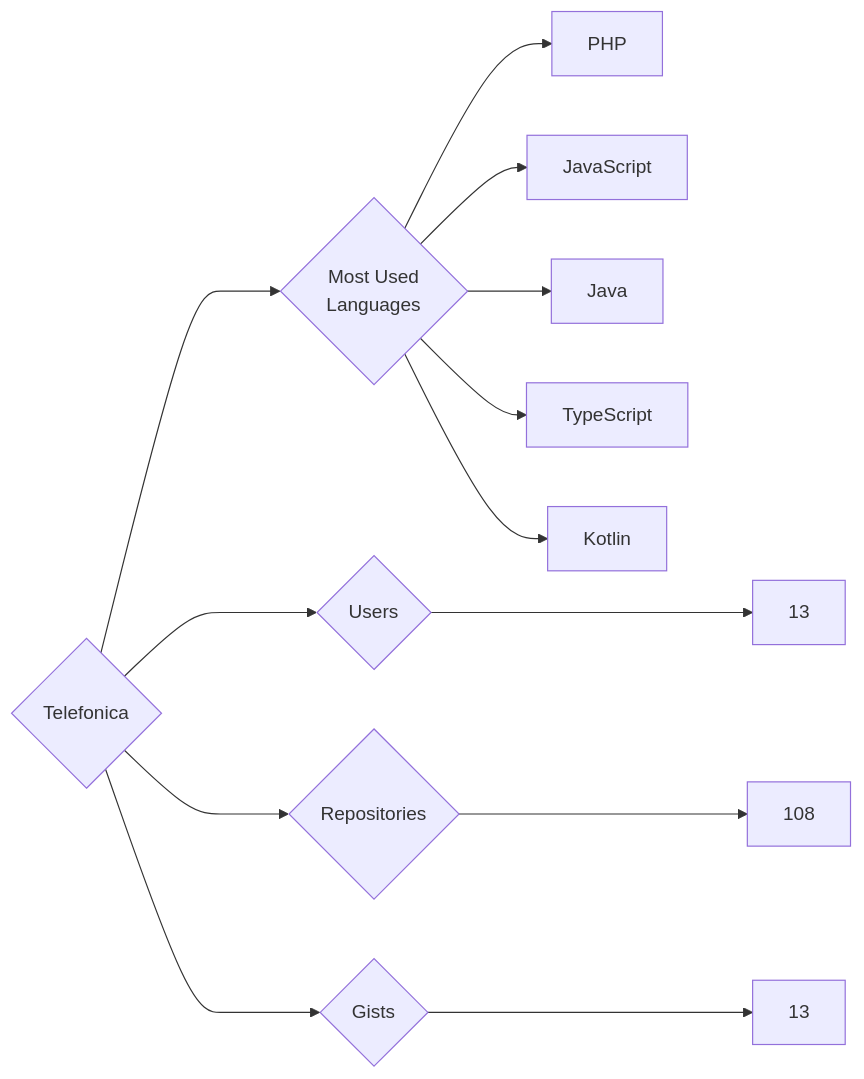
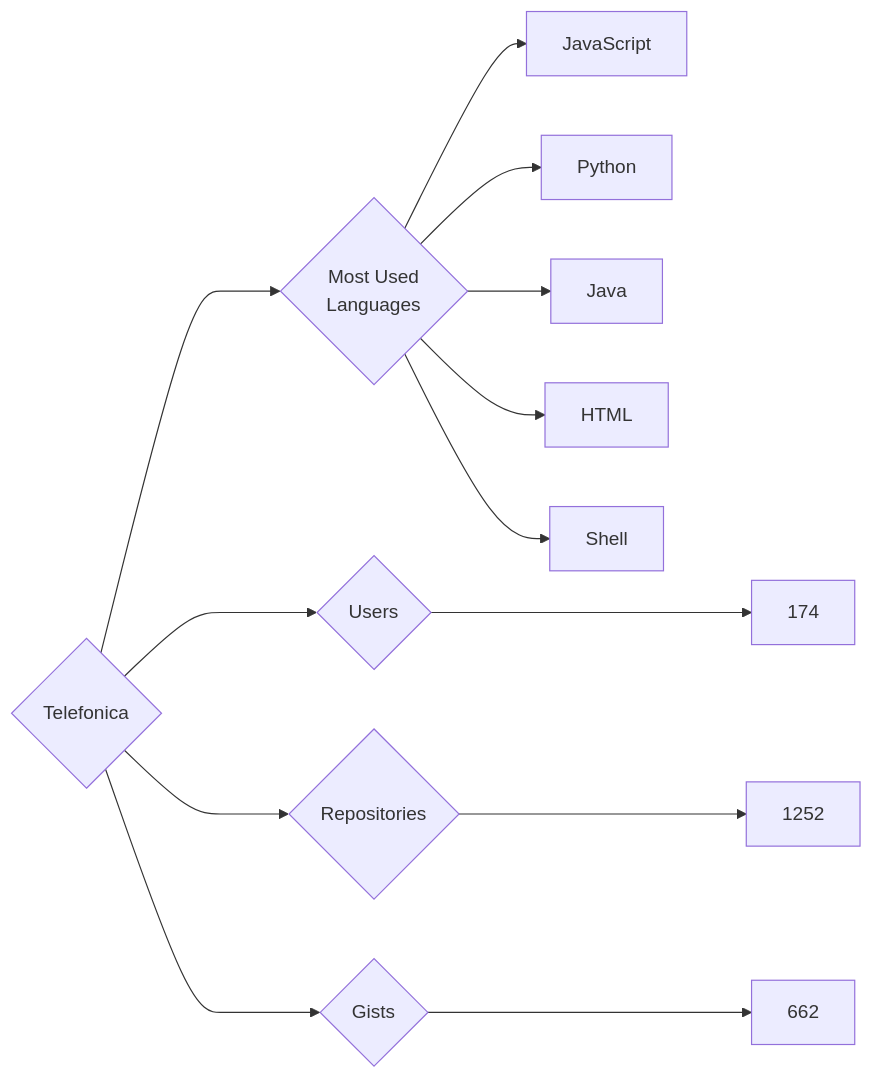
The diagram in targets/Telefonica/README.md (trickest/insiders), drawn with Mermaid before and after one commit. The commit also changed 877 other files, not shown here.

````diff
--- a/targets/Telefonica/README.md
+++ b/targets/Telefonica/README.md
@@ -3,13 +3,13 @@
 ```mermaid
 graph LR
 COMPANY_NAME{Telefonica}
-COMPANY_NAME ---> U{Users} ---> UN[13]
-COMPANY_NAME ---> R{Repositories} ---> RN[108]
-COMPANY_NAME ---> G{Gists} ---> GN[13]
+COMPANY_NAME ---> U{Users} ---> UN[174]
+COMPANY_NAME ---> R{Repositories} ---> RN[1252]
+COMPANY_NAME ---> G{Gists} ---> GN[662]
 COMPANY_NAME ---> ML{Most Used<br>Languages}
-ML --> PHP[PHP]
 ML --> JavaScript[JavaScript]
+ML --> Python[Python]
 ML --> Java[Java]
-ML --> TypeScript[TypeScript]
-ML --> Kotlin[Kotlin]
+ML --> HTML[HTML]
+ML --> Shell[Shell]
 ```
````
